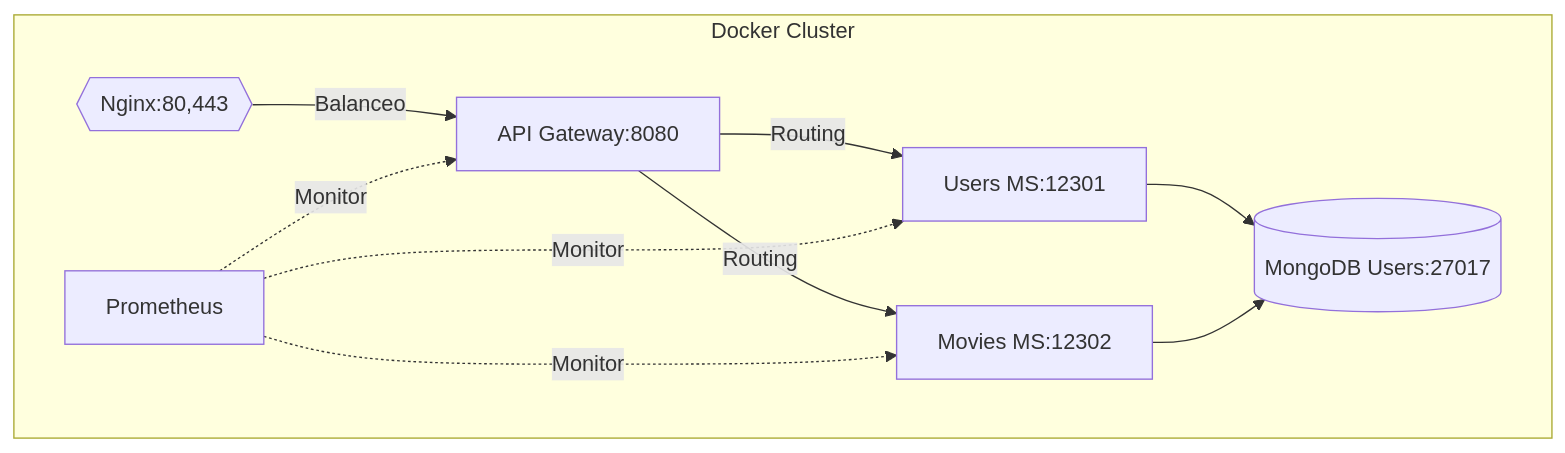
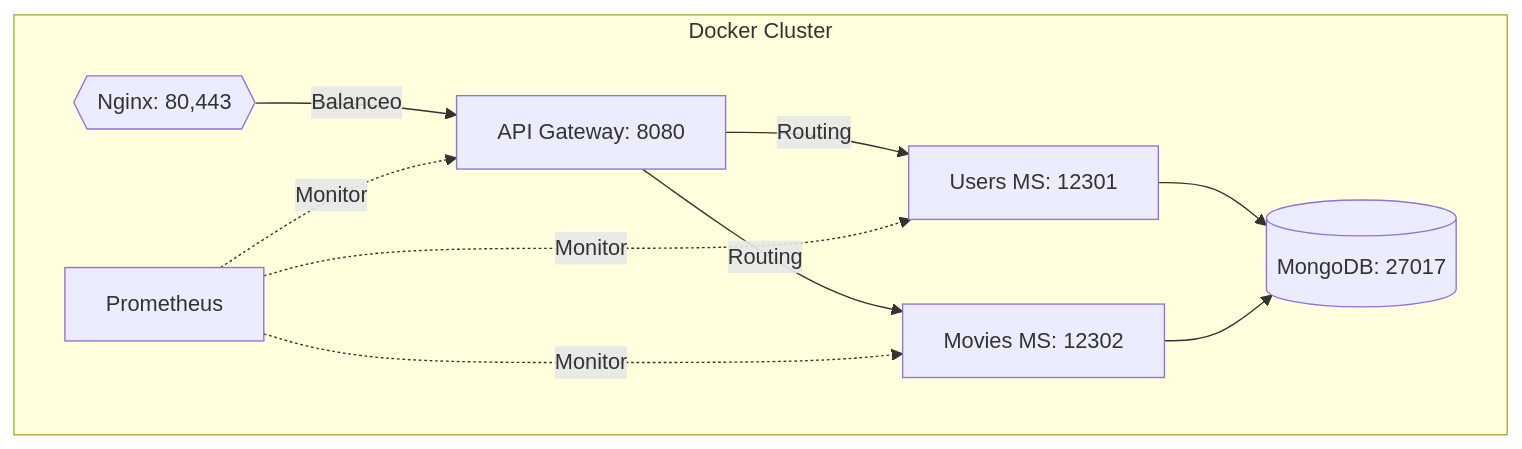
The second of 2 diagrams in README.md (imeshinnovation/proyecto_ddd), drawn with Mermaid before and after one commit.

Commit message:
Update repo

````diff
--- a/README.md
+++ b/README.md
@@ -37,20 +37,20 @@
 ```mermaid
 graph TD
     subgraph Docker Cluster
-        A[API Gateway:8080]
-        B[Users MS:12301]
-        C[Movies MS:12302]
-        D[(MongoDB Users:27017)]
-        F{{Nginx:80,443}}
+        A[API Gateway: 8080]
+        B[Users MS: 12301]
+        C[Movies MS: 12302]
+        D[(MongoDB: 27017)]
+        F{{Nginx: 80,443}}
         G[Prometheus]
         
         F -->|Balanceo| A
         A -->|Routing| B
         A -->|Routing| C
         B --> D
         C --> D
         G -.->|Monitor| A
         G -.->|Monitor| B
         G -.->|Monitor| C
     end
 ```
````
